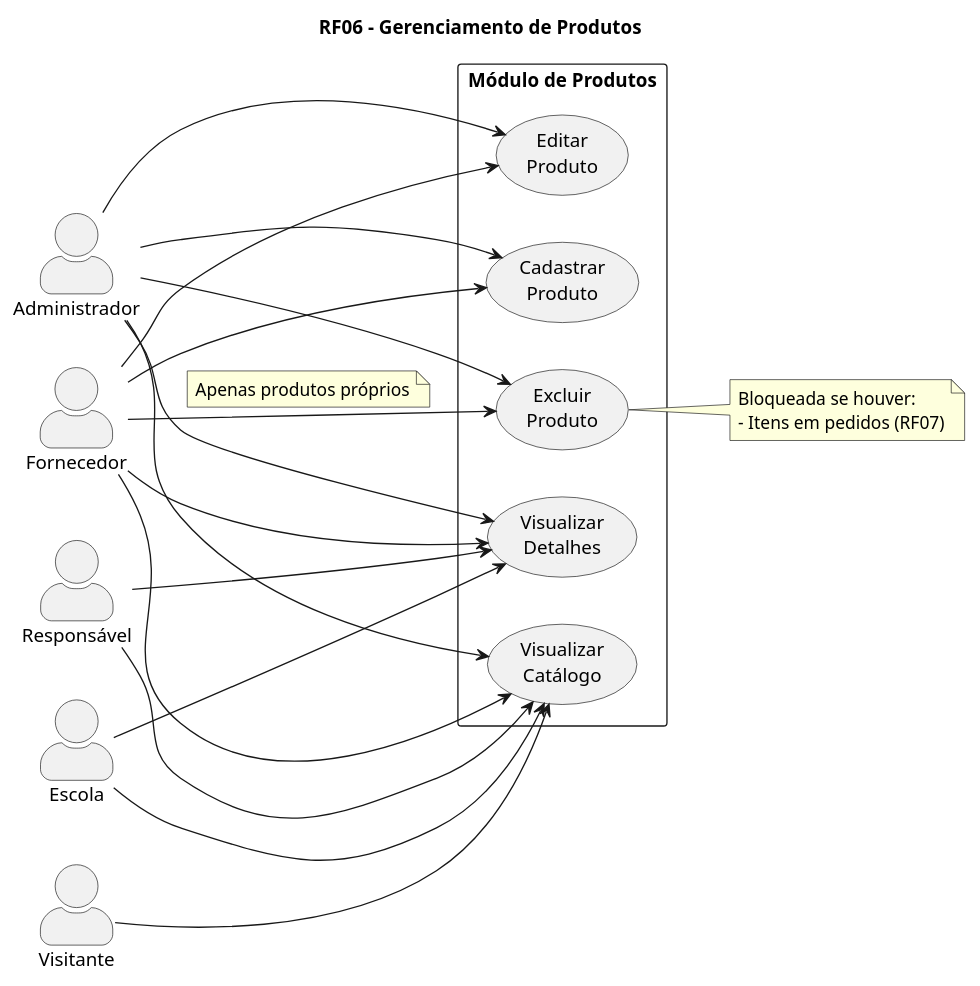
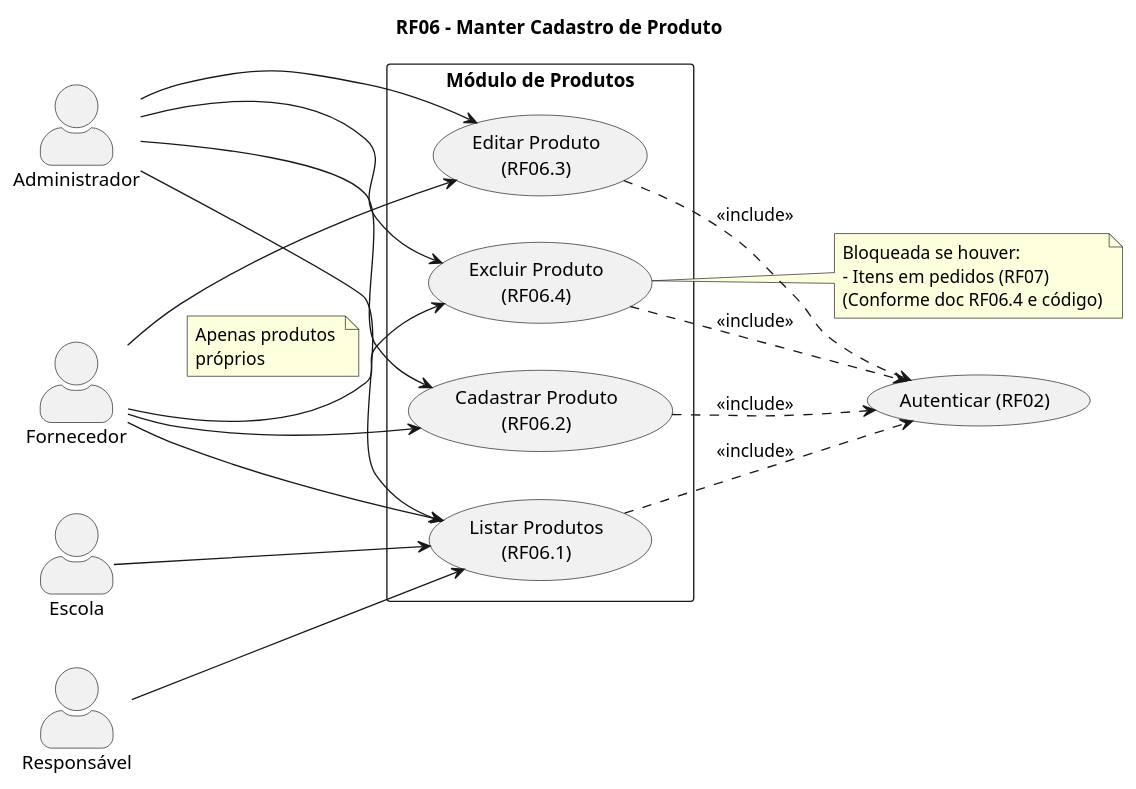
The diagram in diagrams/modulo-produtos.puml (murs77r/conecta-uniforme), drawn with PlantUML before and after one commit. The commit also changed 11 other files, not shown here.

```diff
--- a/diagrams/modulo-produtos.puml
+++ b/diagrams/modulo-produtos.puml
@@ -1,61 +1,54 @@
 @startuml
-' RF06 - Gerenciamento de Produtos
+' RF06 - Manter Cadastro de Produto
 
 left to right direction
-
 skinparam actorStyle awesome
-
-title RF06 - Gerenciamento de Produtos
-
-actor Visitante
+title RF06 - Manter Cadastro de Produto
 
 actor Administrador
-
 actor Fornecedor
-
 actor Escola
-
 actor Responsável
 
+usecase "Autenticar (RF02)" as RF02
+
 rectangle "Módulo de Produtos" {
-    usecase "Visualizar\nCatálogo" as UC06_1
-    usecase "Cadastrar\nProduto" as UC06_2
-    usecase "Visualizar\nDetalhes" as UC06_3
-    usecase "Editar\nProduto" as UC06_4
-    usecase "Excluir\nProduto" as UC06_5
+    usecase "Listar Produtos\n(RF06.1)" as UC06_1
+    usecase "Cadastrar Produto\n(RF06.2)" as UC06_2
+    usecase "Editar Produto\n(RF06.3)" as UC06_3
+    usecase "Excluir Produto\n(RF06.4)" as UC06_4
 }
-
-' Visitante - visualização pública
-Visitante --> UC06_1
 
 ' Administrador - controle total
 Administrador --> UC06_1
 Administrador --> UC06_2
 Administrador --> UC06_3
 Administrador --> UC06_4
-Administrador --> UC06_5
 
 ' Fornecedor - gerencia seus produtos
 Fornecedor --> UC06_1
 Fornecedor --> UC06_2
 Fornecedor --> UC06_3
 Fornecedor --> UC06_4
-Fornecedor --> UC06_5
 note on link
-  Apenas produtos próprios
+  Apenas produtos 
+  próprios
 end note
 
-' Escola - visualiza catálogo
+' Escola e Responsável - visualização
 Escola --> UC06_1
-Escola --> UC06_3
+Responsável --> UC06_1
 
-' Responsável - visualiza para pedidos
-Responsável --> UC06_1
-Responsável --> UC06_3
+' Dependência de Autenticação (RF02)
+UC06_1 ..> RF02 : <<include>>
+UC06_2 ..> RF02 : <<include>>
+UC06_3 ..> RF02 : <<include>>
+UC06_4 ..> RF02 : <<include>>
 
-note right of UC06_5
+note right of UC06_4
   Bloqueada se houver:
   - Itens em pedidos (RF07)
+  (Conforme doc RF06.4 e código)
 end note
 
 @enduml
```
